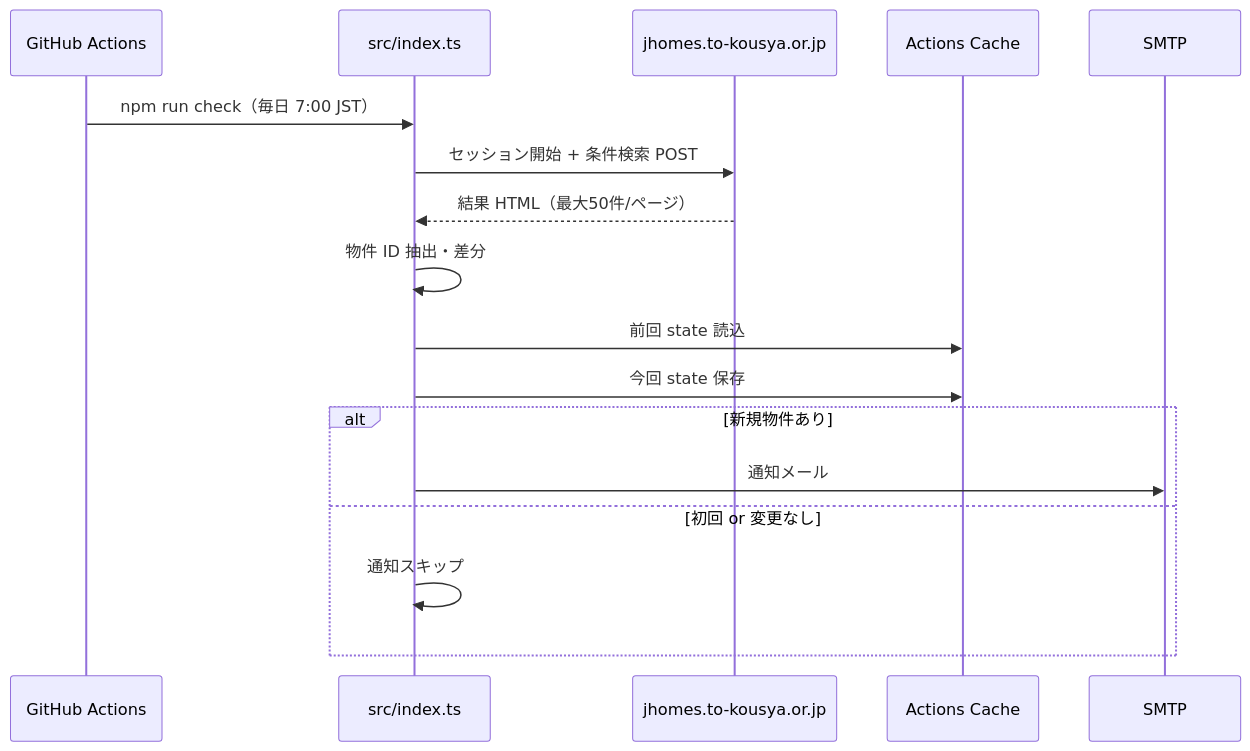
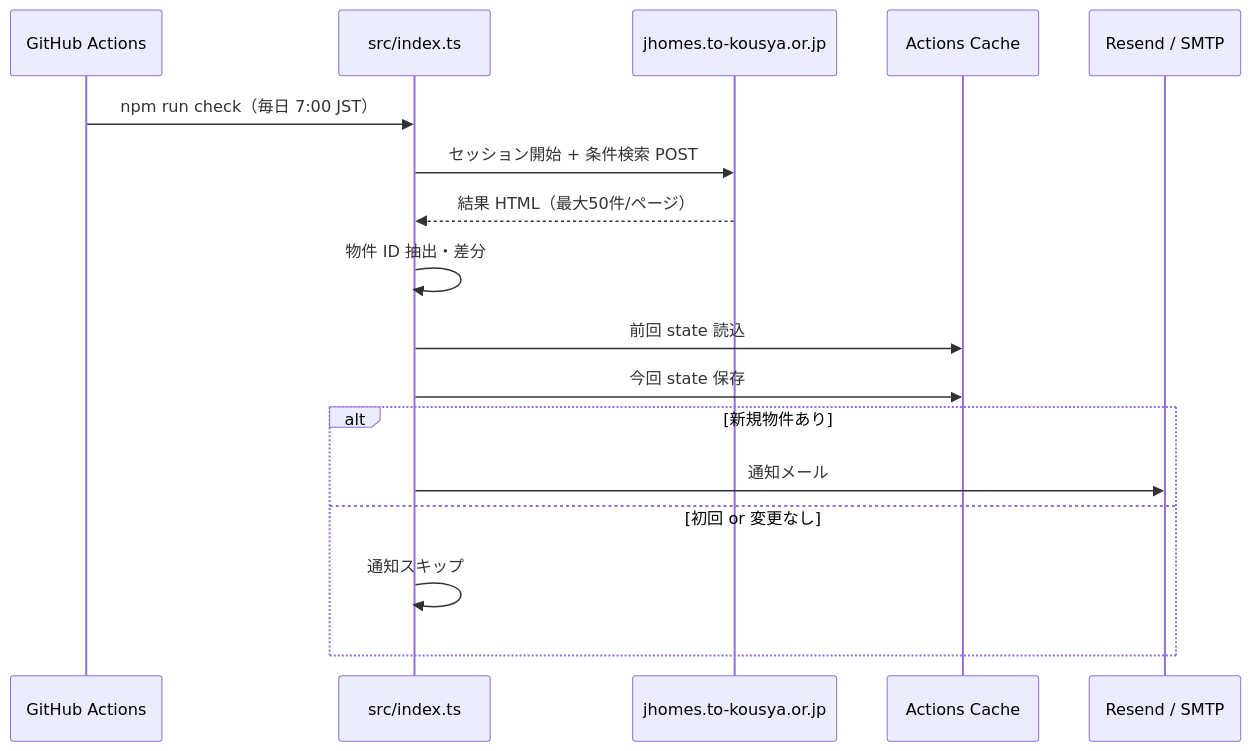
One commit to m-okumura/akiya-monitor changed the diagram in docs/architecture.md. Above: the diagram before and after it, drawn with Mermaid. The commit also changed other lines of this file and 15 other files, not shown here.

First line of the commit message:
feat: Resend API 通知と SMTP 切り替えを追加

````diff
--- a/docs/architecture.md
+++ b/docs/architecture.md
@@ -5,20 +5,20 @@
 ```mermaid
 sequenceDiagram
   participant GA as GitHub Actions
   participant App as src/index.ts
   participant JKK as jhomes.to-kousya.or.jp
   participant Cache as Actions Cache
-  participant SMTP as SMTP
+  participant Notify as Resend / SMTP
 
   GA->>App: npm run check（毎日 7:00 JST）
   App->>JKK: セッション開始 + 条件検索 POST
   JKK-->>App: 結果 HTML（最大50件/ページ）
   App->>App: 物件 ID 抽出・差分
   App->>Cache: 前回 state 読込
   App->>Cache: 今回 state 保存
   alt 新規物件あり
-    App->>SMTP: 通知メール
+    App->>Notify: 通知メール
   else 初回 or 変更なし
     App->>App: 通知スキップ
   end
 ```
````
